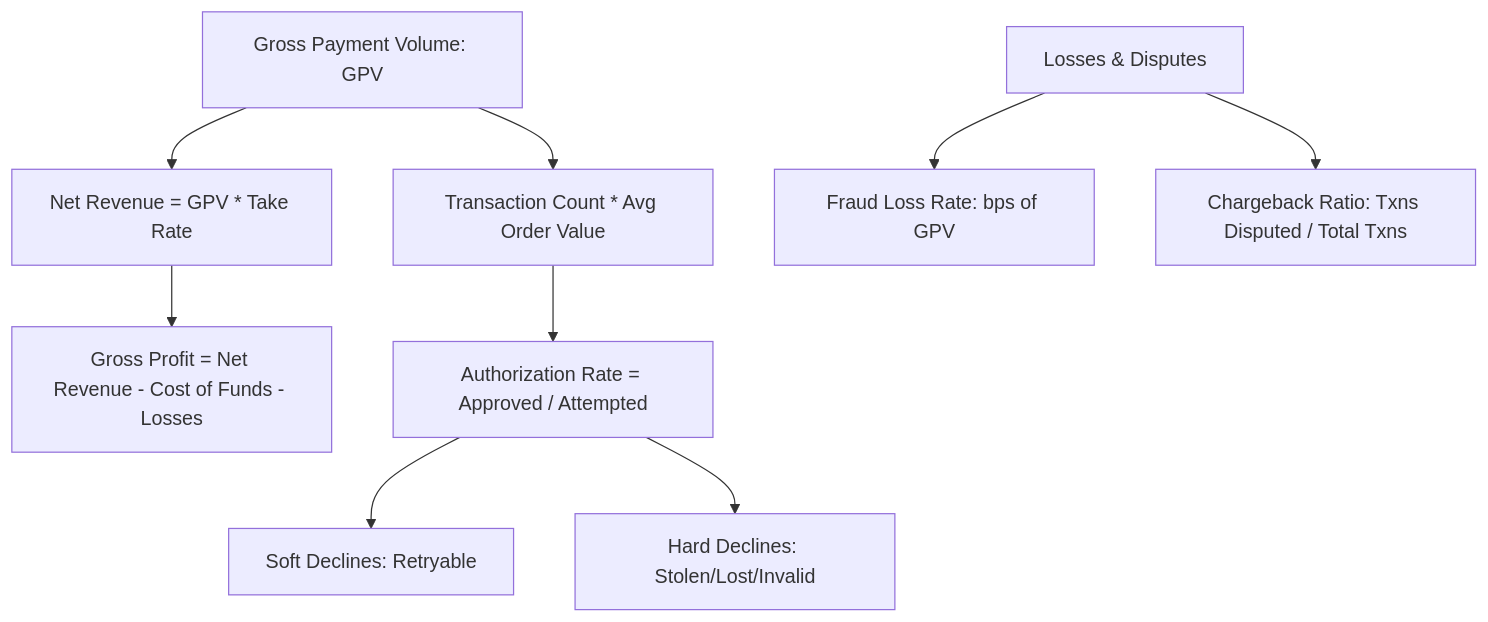
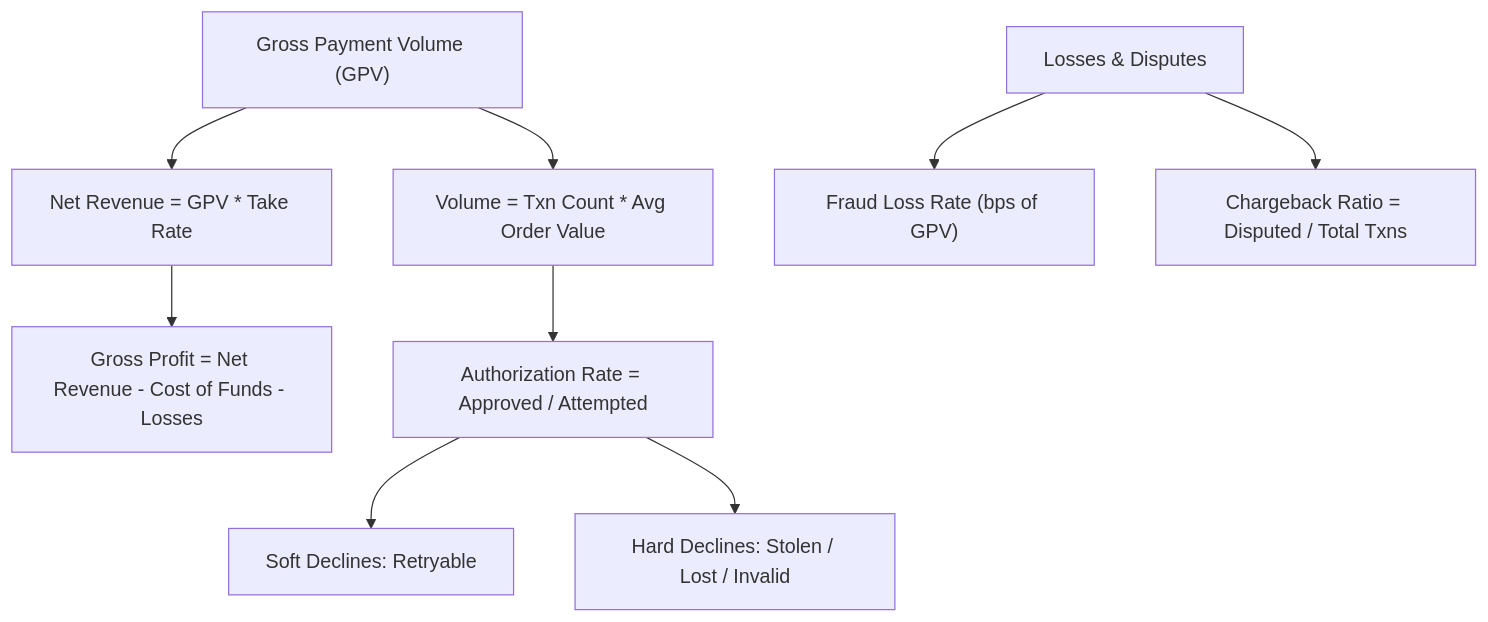
The diagram in 03_data_analytics/README.md (Realvincentyuan/fi_ds_interview_prep), drawn with Mermaid before and after one commit. The commit also changed 10 other files, not shown here.

Commit message:
Fix Mermaid diagram syntax and quote labels across all markdown files

````diff
--- a/03_data_analytics/README.md
+++ b/03_data_analytics/README.md
@@ -9,13 +9,13 @@
 ```mermaid
 graph TD
-    GPV[Gross Payment Volume: GPV] --> Rev[Net Revenue = GPV * Take Rate]
-    Rev --> Profit[Gross Profit = Net Revenue - Cost of Funds - Losses]
+    GPV["Gross Payment Volume (GPV)"] --> Rev["Net Revenue = GPV * Take Rate"]
+    Rev --> Profit["Gross Profit = Net Revenue - Cost of Funds - Losses"]
     
-    GPV --> Volume[Transaction Count * Avg Order Value]
-    Volume --> AuthRate[Authorization Rate = Approved / Attempted]
-    AuthRate --> SoftDecline[Soft Declines: Retryable]
-    AuthRate --> HardDecline[Hard Declines: Stolen/Lost/Invalid]
+    GPV --> Volume["Volume = Txn Count * Avg Order Value"]
+    Volume --> AuthRate["Authorization Rate = Approved / Attempted"]
+    AuthRate --> SoftDecline["Soft Declines: Retryable"]
+    AuthRate --> HardDecline["Hard Declines: Stolen / Lost / Invalid"]
     
-    Losses[Losses & Disputes] --> FraudLoss[Fraud Loss Rate: bps of GPV]
-    Losses --> DisputeRate[Chargeback Ratio: Txns Disputed / Total Txns]
+    Losses["Losses & Disputes"] --> FraudLoss["Fraud Loss Rate (bps of GPV)"]
+    Losses --> DisputeRate["Chargeback Ratio = Disputed / Total Txns"]
 ```
````
